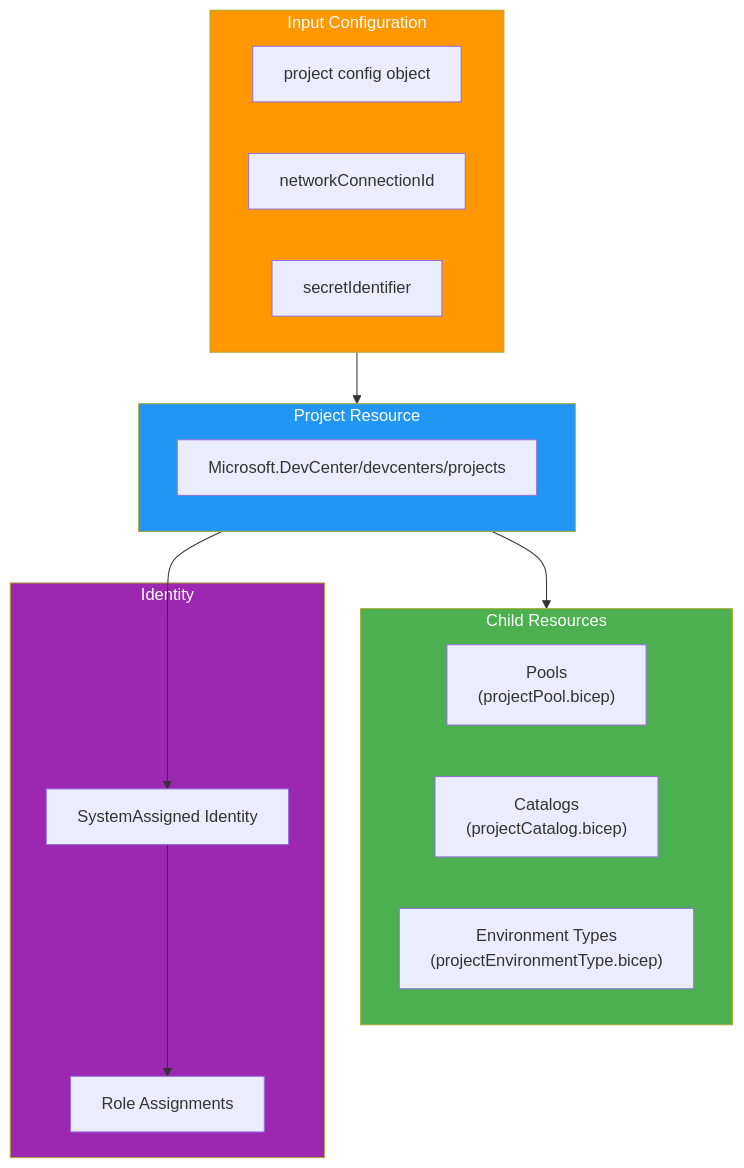
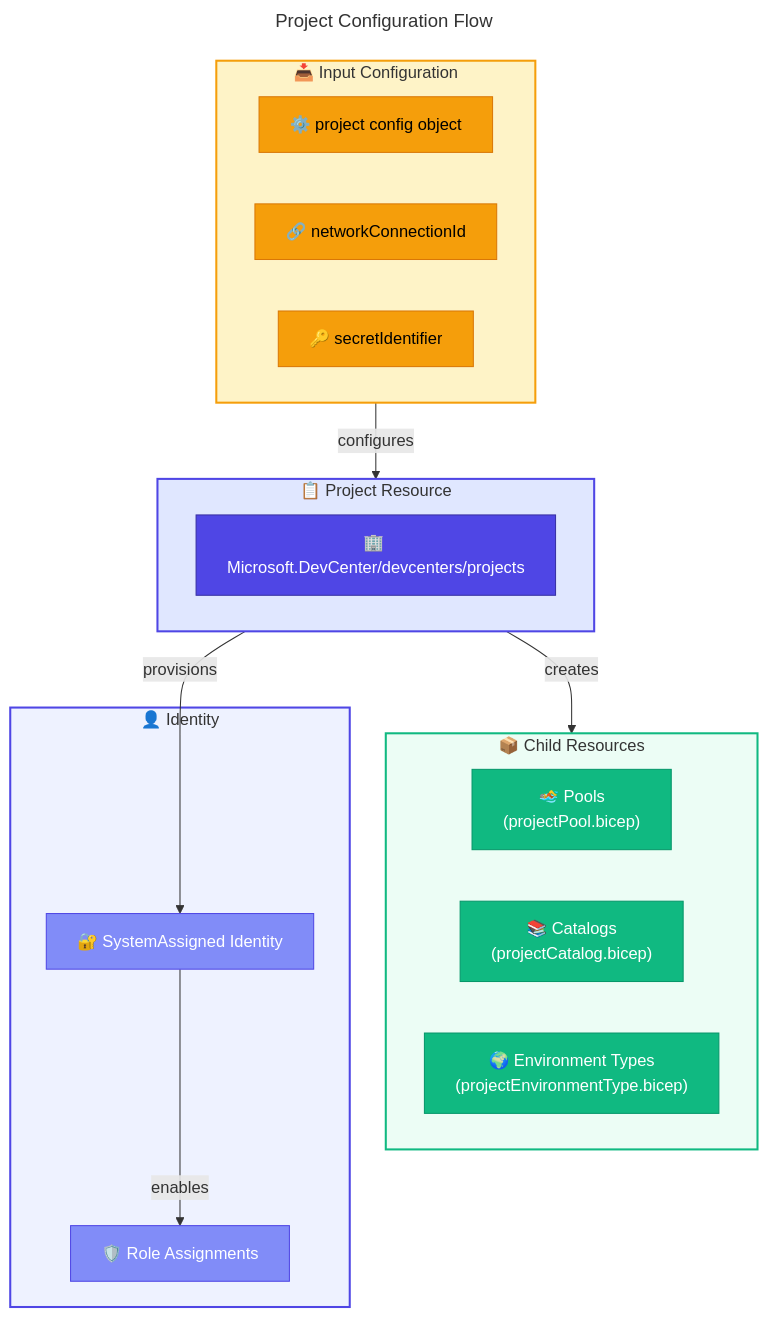
Before and after one commit to Evilazaro/DevExp-DevBox: the sixth of 8 diagrams in docs/architecture/03-application-architecture.md, drawn with Mermaid. The commit also changed other lines of this file, not shown here.

Commit message:
Enhance documentation for application architecture by adding titles, improving section titles, and incorporating emojis for better clarity and navigation.

````diff
--- a/docs/architecture/03-application-architecture.md
+++ b/docs/architecture/03-application-architecture.md
@@ -634,33 +687,52 @@
 ```mermaid
+---
+title: Project Configuration Flow
+---
 flowchart TB
-    subgraph Input["Input Configuration"]
-        PC["project config object"]
-        NCI["networkConnectionId"]
-        SID["secretIdentifier"]
+    %% ===== INPUT CONFIGURATION =====
+    subgraph Input["📥 Input Configuration"]
+        PC["⚙️ project config object"]
+        NCI["🔗 networkConnectionId"]
+        SID["🔑 secretIdentifier"]
     end
     
-    subgraph Project["Project Resource"]
-        PR["Microsoft.DevCenter/devcenters/projects"]
+    %% ===== PROJECT RESOURCE =====
+    subgraph Project["📋 Project Resource"]
+        PR["🏢 Microsoft.DevCenter/devcenters/projects"]
     end
     
-    subgraph Children["Child Resources"]
-        PO["Pools\n(projectPool.bicep)"]
-        CA["Catalogs\n(projectCatalog.bicep)"]
-        ET["Environment Types\n(projectEnvironmentType.bicep)"]
+    %% ===== CHILD RESOURCES =====
+    subgraph Children["📦 Child Resources"]
+        PO["🏊 Pools<br/>(projectPool.bicep)"]
+        CA["📚 Catalogs<br/>(projectCatalog.bicep)"]
+        ET["🌍 Environment Types<br/>(projectEnvironmentType.bicep)"]
     end
     
-    subgraph Identity["Identity"]
-        MI["SystemAssigned Identity"]
-        RA["Role Assignments"]
+    %% ===== IDENTITY =====
+    subgraph Identity["👤 Identity"]
+        MI["🔐 SystemAssigned Identity"]
+        RA["🛡️ Role Assignments"]
     end
     
-    Input --> Project
-    Project --> Children
-    Project --> MI
-    MI --> RA
+    %% ===== CONNECTIONS =====
+    Input -->|configures| Project
+    Project -->|creates| Children
+    Project -->|provisions| MI
+    MI -->|enables| RA
     
-    style Input fill:#FF9800,color:#fff
-    style Project fill:#2196F3,color:#fff
-    style Children fill:#4CAF50,color:#fff
-    style Identity fill:#9C27B0,color:#fff
+    %% ===== STYLES =====
+    classDef datastore fill:#F59E0B,stroke:#D97706,color:#000000
+    classDef primary fill:#4F46E5,stroke:#3730A3,color:#FFFFFF
+    classDef secondary fill:#10B981,stroke:#059669,color:#FFFFFF
+    classDef trigger fill:#818CF8,stroke:#4F46E5,color:#FFFFFF
+    
+    class PC,NCI,SID datastore
+    class PR primary
+    class PO,CA,ET secondary
+    class MI,RA trigger
+    
+    style Input fill:#FEF3C7,stroke:#F59E0B,stroke-width:2px
+    style Project fill:#E0E7FF,stroke:#4F46E5,stroke-width:2px
+    style Children fill:#ECFDF5,stroke:#10B981,stroke-width:2px
+    style Identity fill:#EEF2FF,stroke:#4F46E5,stroke-width:2px
 ```
````
